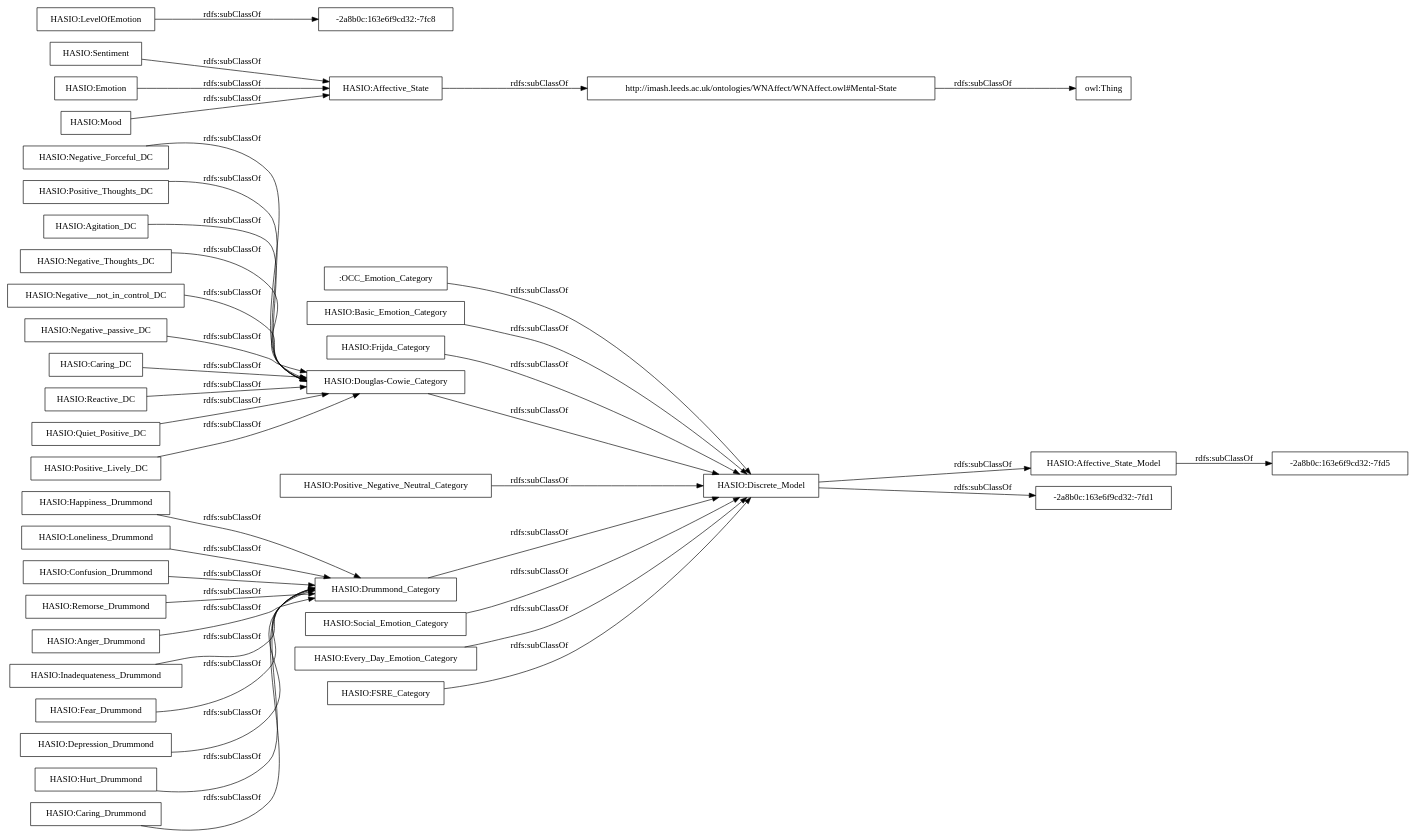
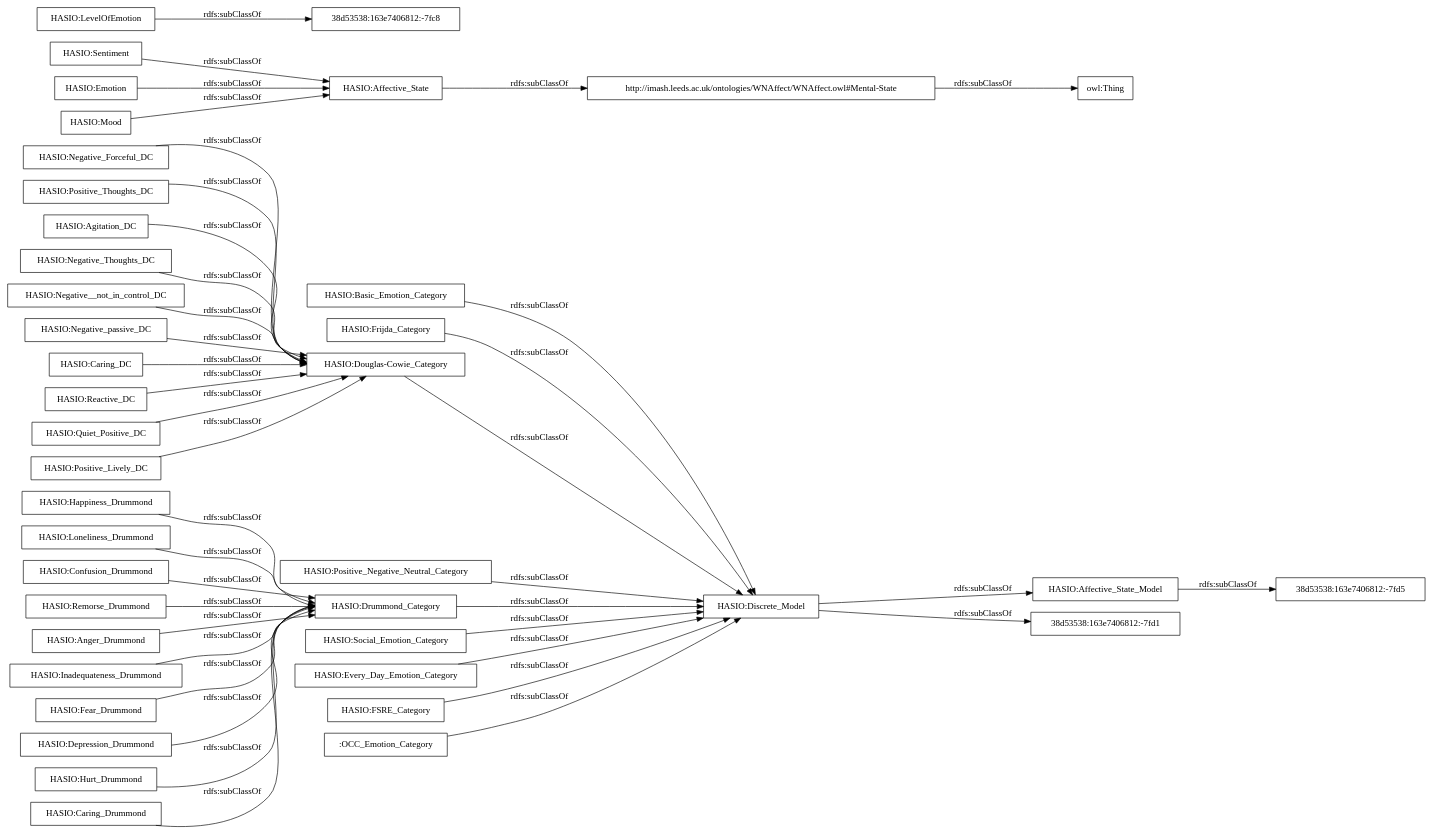
One commit to rana-othman/HASIO-Modularization changed the diagram in OnToology/Affective_States_Discrete_Model_Module.owl/diagrams/ar2dtool-taxonomy/Affective_States_Discrete_Model_Module.owl.png.dot. Above: the diagram before and after it, drawn with Graphviz. The commit also changed 44 other files, not shown here.

```diff
--- a/OnToology/Affective_States_Discrete_Model_Module.owl/diagrams/ar2dtool-taxonomy/Affective_States_Discrete_Model_Module.owl.png.dot
+++ b/OnToology/Affective_States_Discrete_Model_Module.owl/diagrams/ar2dtool-taxonomy/Affective_States_Discrete_Model_Module.owl.png.dot
@@ -1,44 +1,44 @@
 digraph ar2dtool_diagram { 
 rankdir=LR;
 size="1000"
-node [shape = rectangle, color="black"]; ":OCC_Emotion_Category" "HASIO:Happiness_Drummond" "HASIO:Basic_Emotion_Category" "HASIO:Negative_Forceful_DC" "HASIO:Affective_State_Model" "HASIO:Loneliness_Drummond" "HASIO:Positive_Thoughts_DC" "HASIO:Sentiment" "HASIO:Agitation_DC" "HASIO:Emotion" "HASIO:Affective_State" "HASIO:LevelOfEmotion" "http://imash.leeds.ac.uk/ontologies/WNAffect/WNAffect.owl#Mental-State" "HASIO:Confusion_Drummond" "HASIO:Mood" "HASIO:Frijda_Category" "HASIO:Douglas-Cowie_Category" "HASIO:Remorse_Drummond" "HASIO:Anger_Drummond" "HASIO:Inadequateness_Drummond" "HASIO:Negative_Thoughts_DC" "-2a8b0c:163e6f9cd32:-7fc8" "HASIO:Negative__not_in_control_DC" "HASIO:Fear_Drummond" "HASIO:Positive_Negative_Neutral_Category" "-2a8b0c:163e6f9cd32:-7fd1" "HASIO:Depression_Drummond" "HASIO:Drummond_Category" "-2a8b0c:163e6f9cd32:-7fd5" "HASIO:Hurt_Drummond" "HASIO:Social_Emotion_Category" "HASIO:Negative_passive_DC" "HASIO:Caring_DC" "HASIO:Caring_Drummond" "HASIO:Reactive_DC" "HASIO:Quiet_Positive_DC" "HASIO:Every_Day_Emotion_Category" "HASIO:Discrete_Model" "HASIO:Positive_Lively_DC" "HASIO:FSRE_Category" ; /*classes style*/
+node [shape = rectangle, color="black"]; "HASIO:Basic_Emotion_Category" "HASIO:Happiness_Drummond" "HASIO:Negative_Forceful_DC" "HASIO:Affective_State_Model" "HASIO:Loneliness_Drummond" "HASIO:Positive_Thoughts_DC" "HASIO:Sentiment" "HASIO:Agitation_DC" "HASIO:Emotion" "HASIO:Affective_State" "HASIO:LevelOfEmotion" "http://imash.leeds.ac.uk/ontologies/WNAffect/WNAffect.owl#Mental-State" "HASIO:Confusion_Drummond" "HASIO:Mood" "HASIO:Frijda_Category" "HASIO:Douglas-Cowie_Category" "HASIO:Remorse_Drummond" "HASIO:Anger_Drummond" "HASIO:Inadequateness_Drummond" "HASIO:Negative_Thoughts_DC" "HASIO:Negative__not_in_control_DC" "HASIO:Fear_Drummond" "HASIO:Positive_Negative_Neutral_Category" "38d53538:163e7406812:-7fd1" "HASIO:Depression_Drummond" "HASIO:Drummond_Category" "HASIO:Hurt_Drummond" "38d53538:163e7406812:-7fc8" "HASIO:Social_Emotion_Category" "HASIO:Negative_passive_DC" "HASIO:Caring_DC" "HASIO:Caring_Drummond" "HASIO:Reactive_DC" "38d53538:163e7406812:-7fd5" "HASIO:Quiet_Positive_DC" "HASIO:Every_Day_Emotion_Category" "HASIO:Discrete_Model" "HASIO:Positive_Lively_DC" "HASIO:FSRE_Category" ":OCC_Emotion_Category" ; /*classes style*/
 	"HASIO:Positive_Negative_Neutral_Category" -> "HASIO:Discrete_Model" [ label = "rdfs:subClassOf" ];
 	"HASIO:Loneliness_Drummond" -> "HASIO:Drummond_Category" [ label = "rdfs:subClassOf" ];
 	"HASIO:Anger_Drummond" -> "HASIO:Drummond_Category" [ label = "rdfs:subClassOf" ];
 	"HASIO:Every_Day_Emotion_Category" -> "HASIO:Discrete_Model" [ label = "rdfs:subClassOf" ];
 	"HASIO:Negative__not_in_control_DC" -> "HASIO:Douglas-Cowie_Category" [ label = "rdfs:subClassOf" ];
 	"HASIO:Negative_Forceful_DC" -> "HASIO:Douglas-Cowie_Category" [ label = "rdfs:subClassOf" ];
 	"HASIO:Basic_Emotion_Category" -> "HASIO:Discrete_Model" [ label = "rdfs:subClassOf" ];
 	"HASIO:Emotion" -> "HASIO:Affective_State" [ label = "rdfs:subClassOf" ];
 	"HASIO:Social_Emotion_Category" -> "HASIO:Discrete_Model" [ label = "rdfs:subClassOf" ];
 	"http://imash.leeds.ac.uk/ontologies/WNAffect/WNAffect.owl#Mental-State" -> "owl:Thing" [ label = "rdfs:subClassOf" ];
-	"HASIO:Discrete_Model" -> "-2a8b0c:163e6f9cd32:-7fd1" [ label = "rdfs:subClassOf" ];
+	"HASIO:Discrete_Model" -> "38d53538:163e7406812:-7fd1" [ label = "rdfs:subClassOf" ];
 	"HASIO:Discrete_Model" -> "HASIO:Affective_State_Model" [ label = "rdfs:subClassOf" ];
 	"HASIO:Frijda_Category" -> "HASIO:Discrete_Model" [ label = "rdfs:subClassOf" ];
 	"HASIO:Reactive_DC" -> "HASIO:Douglas-Cowie_Category" [ label = "rdfs:subClassOf" ];
 	"HASIO:Quiet_Positive_DC" -> "HASIO:Douglas-Cowie_Category" [ label = "rdfs:subClassOf" ];
 	"HASIO:Hurt_Drummond" -> "HASIO:Drummond_Category" [ label = "rdfs:subClassOf" ];
 	"HASIO:Depression_Drummond" -> "HASIO:Drummond_Category" [ label = "rdfs:subClassOf" ];
 	"HASIO:Sentiment" -> "HASIO:Affective_State" [ label = "rdfs:subClassOf" ];
 	"HASIO:Inadequateness_Drummond" -> "HASIO:Drummond_Category" [ label = "rdfs:subClassOf" ];
 	"HASIO:Douglas-Cowie_Category" -> "HASIO:Discrete_Model" [ label = "rdfs:subClassOf" ];
 	"HASIO:Caring_DC" -> "HASIO:Douglas-Cowie_Category" [ label = "rdfs:subClassOf" ];
 	"HASIO:Positive_Lively_DC" -> "HASIO:Douglas-Cowie_Category" [ label = "rdfs:subClassOf" ];
 	"HASIO:Affective_State" -> "http://imash.leeds.ac.uk/ontologies/WNAffect/WNAffect.owl#Mental-State" [ label = "rdfs:subClassOf" ];
 	"HASIO:Caring_Drummond" -> "HASIO:Drummond_Category" [ label = "rdfs:subClassOf" ];
 	":OCC_Emotion_Category" -> "HASIO:Discrete_Model" [ label = "rdfs:subClassOf" ];
 	"HASIO:Happiness_Drummond" -> "HASIO:Drummond_Category" [ label = "rdfs:subClassOf" ];
-	"HASIO:LevelOfEmotion" -> "-2a8b0c:163e6f9cd32:-7fc8" [ label = "rdfs:subClassOf" ];
+	"HASIO:LevelOfEmotion" -> "38d53538:163e7406812:-7fc8" [ label = "rdfs:subClassOf" ];
 	"HASIO:Confusion_Drummond" -> "HASIO:Drummond_Category" [ label = "rdfs:subClassOf" ];
-	"HASIO:Affective_State_Model" -> "-2a8b0c:163e6f9cd32:-7fd5" [ label = "rdfs:subClassOf" ];
+	"HASIO:Affective_State_Model" -> "38d53538:163e7406812:-7fd5" [ label = "rdfs:subClassOf" ];
 	"HASIO:Negative_passive_DC" -> "HASIO:Douglas-Cowie_Category" [ label = "rdfs:subClassOf" ];
 	"HASIO:Positive_Thoughts_DC" -> "HASIO:Douglas-Cowie_Category" [ label = "rdfs:subClassOf" ];
 	"HASIO:FSRE_Category" -> "HASIO:Discrete_Model" [ label = "rdfs:subClassOf" ];
 	"HASIO:Fear_Drummond" -> "HASIO:Drummond_Category" [ label = "rdfs:subClassOf" ];
 	"HASIO:Mood" -> "HASIO:Affective_State" [ label = "rdfs:subClassOf" ];
 	"HASIO:Remorse_Drummond" -> "HASIO:Drummond_Category" [ label = "rdfs:subClassOf" ];
 	"HASIO:Agitation_DC" -> "HASIO:Douglas-Cowie_Category" [ label = "rdfs:subClassOf" ];
 	"HASIO:Drummond_Category" -> "HASIO:Discrete_Model" [ label = "rdfs:subClassOf" ];
 	"HASIO:Negative_Thoughts_DC" -> "HASIO:Douglas-Cowie_Category" [ label = "rdfs:subClassOf" ];
 
 }
```
